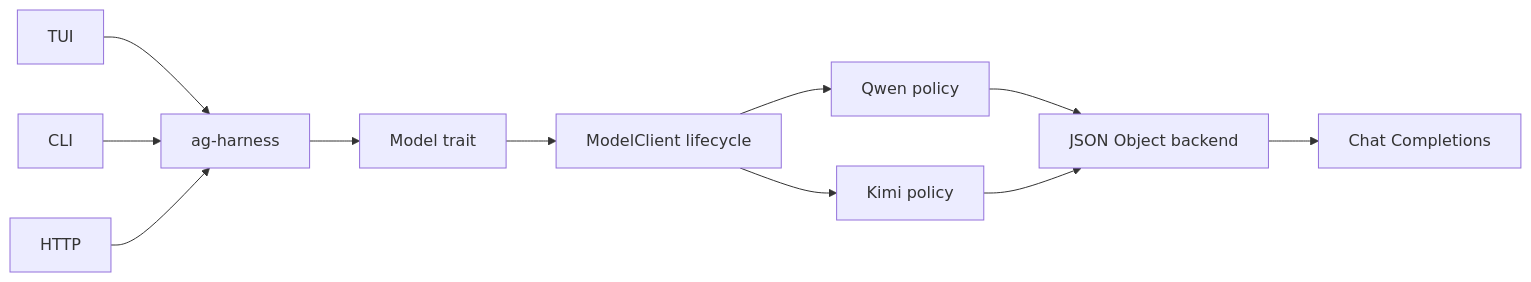
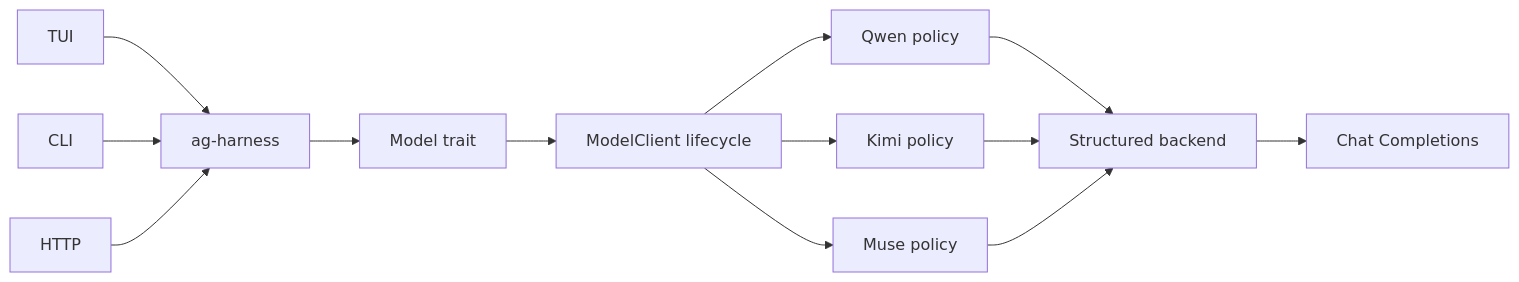
Before and after one commit to agentty-xyz/agentty: the first of 5 diagrams in docs/site/content/docs/architecture/ag-harness-design.md, drawn with Mermaid. The commit also changed other lines of this file and 13 other files, not shown here.

First line of the commit message:
Supports Muse structured outputs

````diff
--- a/docs/site/content/docs/architecture/ag-harness-design.md
+++ b/docs/site/content/docs/architecture/ag-harness-design.md
@@ -21,13 +21,15 @@
 ```mermaid
 flowchart LR
     T["TUI"] --> H["ag-harness"]
     C["CLI"] --> H
     W["HTTP"] --> H
     H --> M["Model trait"]
     M --> L["ModelClient lifecycle"]
     L --> Q["Qwen policy"]
     L --> K["Kimi policy"]
-    Q --> J["JSON Object backend"]
+    L --> U["Muse policy"]
+    Q --> J["Structured backend"]
     K --> J
+    U --> J
     J --> O["Chat Completions"]
 ```
````
